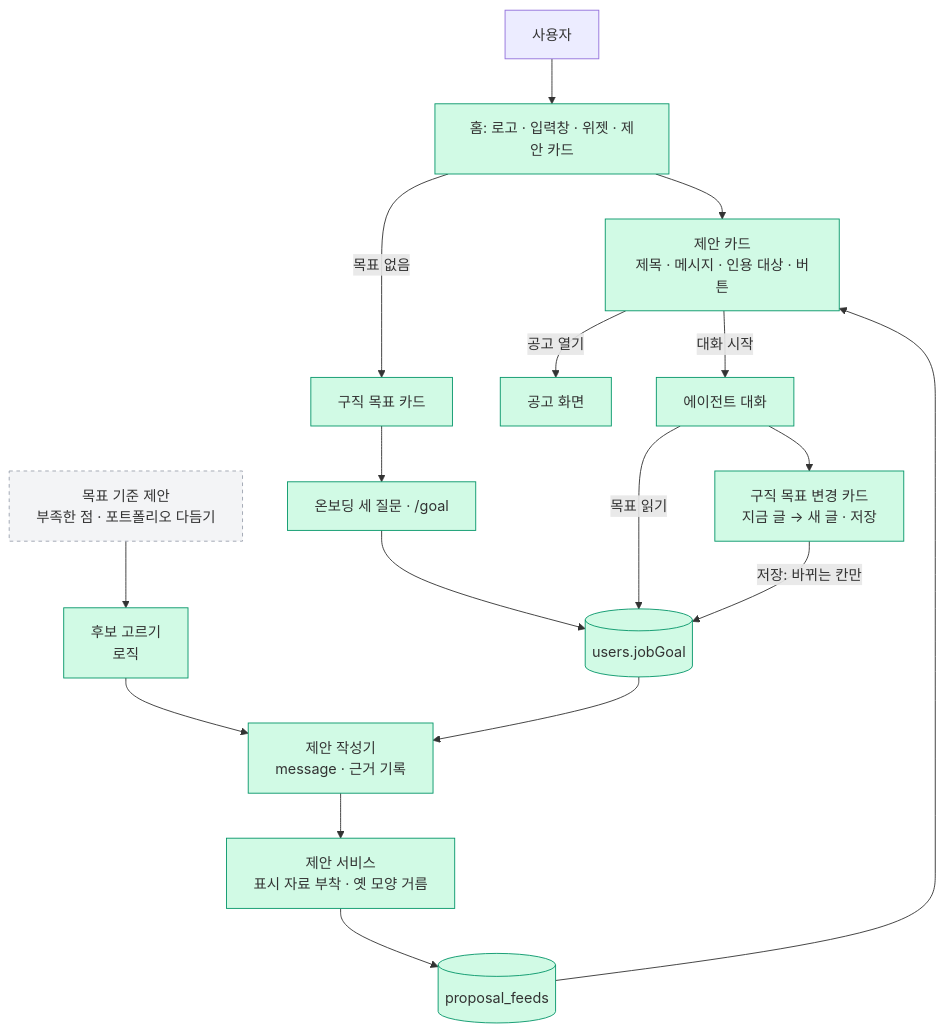
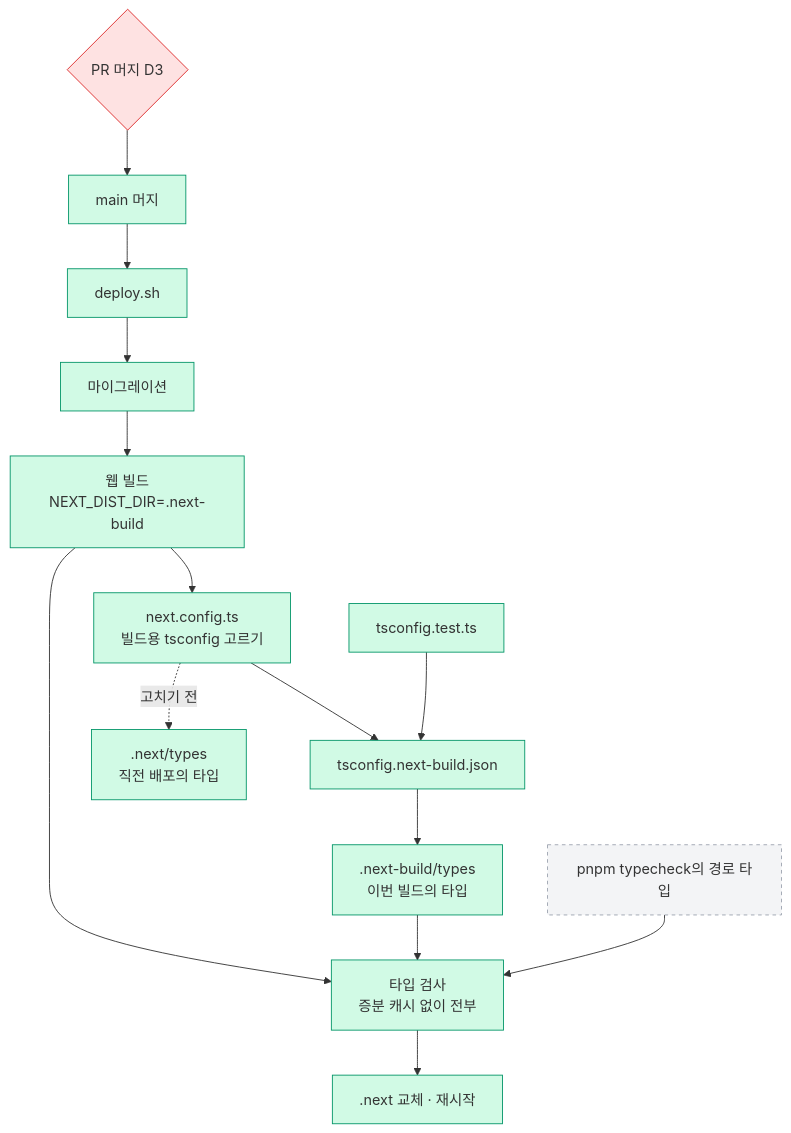
Before and after one commit to Expresso-Organization/expresso: the diagram in .sitrep/sessions/20261115-1330-agent-home/arch.mmd, drawn with Mermaid. The commit also changed 13 other files, not shown here.

```diff
--- a/.sitrep/sessions/20261115-1330-agent-home/arch.mmd
+++ b/.sitrep/sessions/20261115-1330-agent-home/arch.mmd
@@ -1,23 +1,21 @@
 flowchart TD
-  U[사용자] --> HOME[홈: 로고 · 입력창 · 위젯 · 제안 카드]
-  HOME --> CARD[제안 카드<br/>제목 · 메시지 · 인용 대상 · 버튼]
-  CARD -->|대화 시작| CHAT[에이전트 대화]
-  CARD -->|공고 열기| JOB[공고 화면]
-  FEED[(proposal_feeds)] --> CARD
-  WRITER[제안 작성기<br/>message · 근거 기록] --> SVC[제안 서비스<br/>표시 자료 부착 · 옛 모양 거름]
-  CAND[후보 고르기<br/>로직] --> WRITER
-  SVC --> FEED
-  ON[온보딩 세 질문 · /goal] --> MEM[(users.jobGoal)]
-  MEM --> WRITER
-  HOME -->|목표 없음| GCARD[구직 목표 카드]
-  GCARD --> ON
-  CHAT -->|목표 읽기| MEM
-  CHAT --> GDRAFT[구직 목표 변경 카드<br/>지금 글 → 새 글 · 저장]
-  GDRAFT -->|저장: 바뀌는 칸만| MEM
-  JUDGE[목표 기준 제안<br/>부족한 점 · 포트폴리오 다듬기] --> CAND
+  MERGE[main 머지] --> DEPLOY[deploy.sh]
+  DEPLOY --> MIG[마이그레이션]
+  MIG --> BUILD[웹 빌드<br/>NEXT_DIST_DIR=.next-build]
+  BUILD --> CFG[next.config.ts<br/>빌드용 tsconfig 고르기]
+  CFG --> TSB[tsconfig.next-build.json]
+  TSB --> FRESH[.next-build/types<br/>이번 빌드의 타입]
+  CFG -.고치기 전.-> STALE[.next/types<br/>직전 배포의 타입]
+  BUILD --> CHECK[타입 검사<br/>증분 캐시 없이 전부]
+  FRESH --> CHECK
+  CHECK --> SWAP[.next 교체 · 재시작]
+  GUARD[tsconfig.test.ts] --> TSB
+  PR{PR 머지 D3} --> MERGE
+  TC[pnpm typecheck의 경로 타입] --> CHECK
   classDef done fill:#d1fae5,stroke:#059669
   classDef doing fill:#fef3c7,stroke:#d97706
   classDef decide fill:#fee2e2,stroke:#dc2626
   classDef todo fill:#f3f4f6,stroke:#9ca3af,stroke-dasharray:4
-  class HOME,CARD,CHAT,JOB,FEED,WRITER,SVC,CAND,ON,MEM,GCARD,GDRAFT done
-  class JUDGE todo
+  class DEPLOY,MIG,BUILD,CFG,TSB,FRESH,CHECK,SWAP,GUARD,STALE,MERGE done
+  class PR decide
+  class TC todo
```
